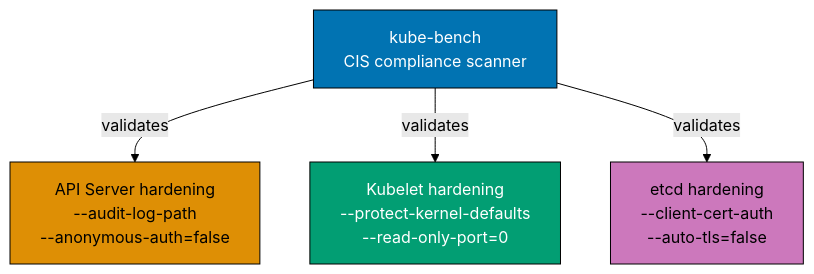
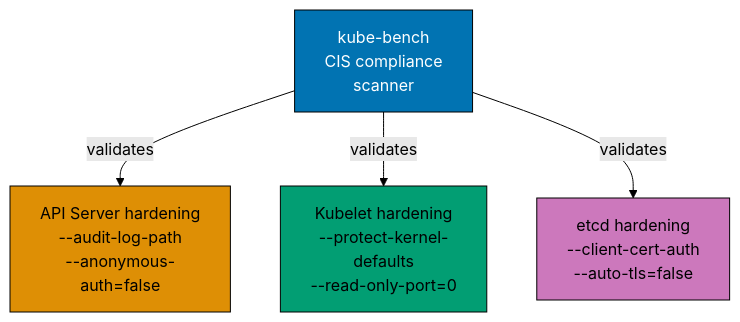
Diagram 12 of 12 in apps/ayokoding-www/content/en/learn/legacy/software-engineering/infrastructure/tools/k3s/by-example/advanced.md (wahidyankf/ose-public), drawn with Mermaid (forest theme) before and after one commit. The commit also changed other lines of this file and 131 other files, not shown here.

First line of the commit message:
fix(mermaid): bring the legacy data, infrastructure, and testing diagrams onto the accessible palette

````diff
--- a/apps/ayokoding-www/content/en/learn/legacy/software-engineering/infrastructure/tools/k3s/by-example/advanced.md
+++ b/apps/ayokoding-www/content/en/learn/legacy/software-engineering/infrastructure/tools/k3s/by-example/advanced.md
@@ -2529,17 +2609,24 @@
 ```mermaid
 %% Color Palette: Blue #0173B2, Orange #DE8F05, Teal #029E73, Purple #CC78BC, Brown #CA9161
 graph TD
-    KBENCH["kube-bench<br/>CIS compliance scanner"]
-    API["API Server hardening<br/>--audit-log-path<br/>--anonymous-auth=false"]
-    KUBELET["Kubelet hardening<br/>--protect-kernel-defaults<br/>--read-only-port=0"]
+    accTitle: Example 84: K3s Security Hardening — CIS Kubernetes Benchmark
+    accDescr: Graph with 10 nodes and 9 connections. Nodes: kube-bench CIS compliance scanner, API, audit-log-path, anonymous-, KUBELET, protect-kernel-, read-only-port, ETCD, client-cert-auth, auto-tls. Connections: API to audit-log-path, audit-log-path to anonymous-, KUBELET to protect-kernel-, protect-kernel- to read-only-port, ETCD to client-cert-auth, client-cert-auth to auto-tls, kube-bench CIS compliance scanner to API (validates), kube-bench CIS compliance scanner to KUBELET (validates), kube-bench CIS compliance scanner to ETCD (validates).
+    KBENCH["kube-bench<br/>CIS compliance<br/>scanner"]
+    API["API Server hardening<br/>--audit-log-path<br/>--anonymous-<br/>auth=false"]
+    KUBELET["Kubelet hardening<br/>--protect-kernel-<br/>defaults<br/>--read-only-port=0"]
     ETCD["etcd hardening<br/>--client-cert-auth<br/>--auto-tls=false"]
 
     KBENCH -->|"validates"| API
     KBENCH -->|"validates"| KUBELET
     KBENCH -->|"validates"| ETCD
 
-    style KBENCH fill:#0173B2,stroke:#000,color:#fff
-    style API fill:#DE8F05,stroke:#000,color:#000
-    style KUBELET fill:#029E73,stroke:#000,color:#fff
-    style ETCD fill:#CC78BC,stroke:#000,color:#000
+    classDef pal-0173B2 fill:#0173B2,stroke:#000000,color:#FFFFFF
+    class KBENCH pal-0173B2
+    classDef pal-DE8F05 fill:#DE8F05,stroke:#000000,color:#000000
+    class API pal-DE8F05
+    classDef pal-029E73 fill:#029E73,stroke:#000000,color:#000000
+    class KUBELET pal-029E73
+    classDef pal-CC78BC fill:#CC78BC,stroke:#000000,color:#000000
+    class ETCD pal-CC78BC
+    classDef default fill:#FFFFFF,stroke:#000000,color:#000000
 ```
````
